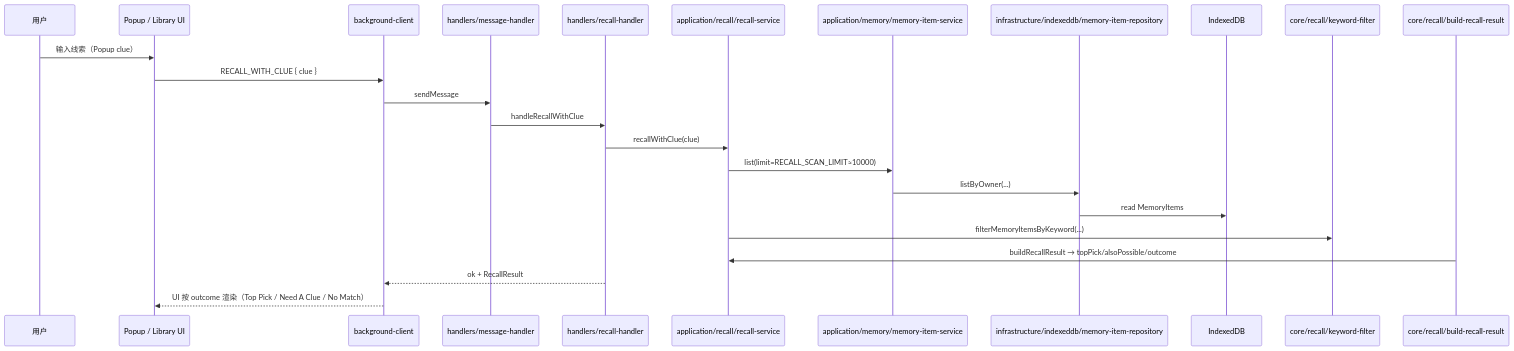
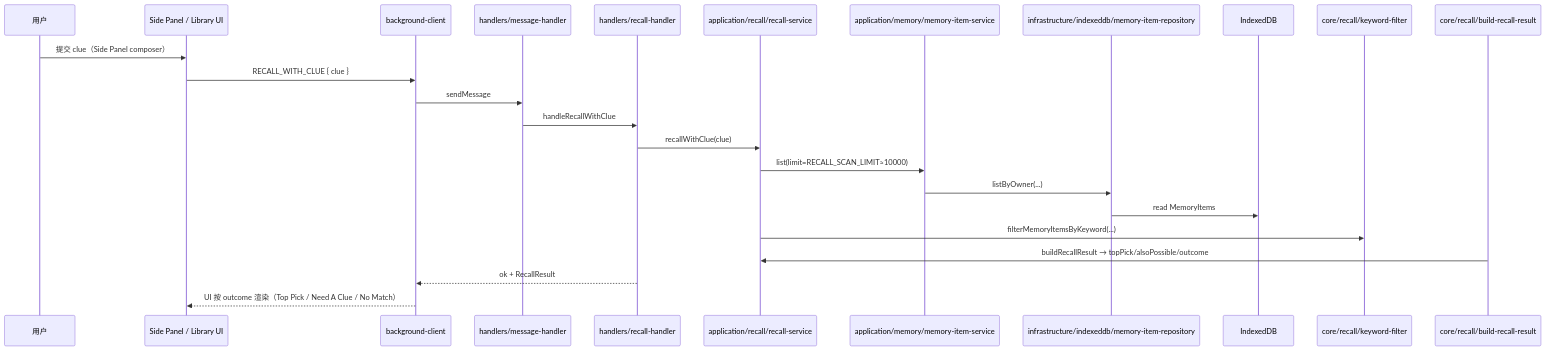
The third of 5 diagrams in docs/architecture/Yiveno-运行时架构流程-v1.md (yiveno/yiveno), drawn with Mermaid before and after one commit. The commit also changed other lines of this file and 5 other files, not shown here.

````diff
--- a/docs/architecture/Yiveno-运行时架构流程-v1.md
+++ b/docs/architecture/Yiveno-运行时架构流程-v1.md
@@ -240,27 +240,27 @@
 ```mermaid
 sequenceDiagram
   participant U as 用户
-  participant UI as Popup / Library UI
+  participant UI as Side Panel / Library UI
   participant BC as background-client
   participant MH as handlers/message-handler
   participant RH as handlers/recall-handler
   participant RS as application/recall/recall-service
   participant MS as application/memory/memory-item-service
   participant REPO as infrastructure/indexeddb/memory-item-repository
   participant IDB as IndexedDB
   participant KF as core/recall/keyword-filter
   participant BR as core/recall/build-recall-result
 
-  U->>UI: 输入线索（Popup clue）
+  U->>UI: 提交 clue（Side Panel composer）
   UI->>BC: RECALL_WITH_CLUE { clue }
   BC->>MH: sendMessage
   MH->>RH: handleRecallWithClue
   RH->>RS: recallWithClue(clue)
   RS->>MS: list(limit=RECALL_SCAN_LIMIT≈10000)
   MS->>REPO: listByOwner(...)
   REPO->>IDB: read MemoryItems
   RS->>KF: filterMemoryItemsByKeyword(...)
   BR->>RS: buildRecallResult → topPick/alsoPossible/outcome
   RH-->>BC: ok + RecallResult
   BC-->>UI: UI 按 outcome 渲染（Top Pick / Need A Clue / No Match）
 ```
````
